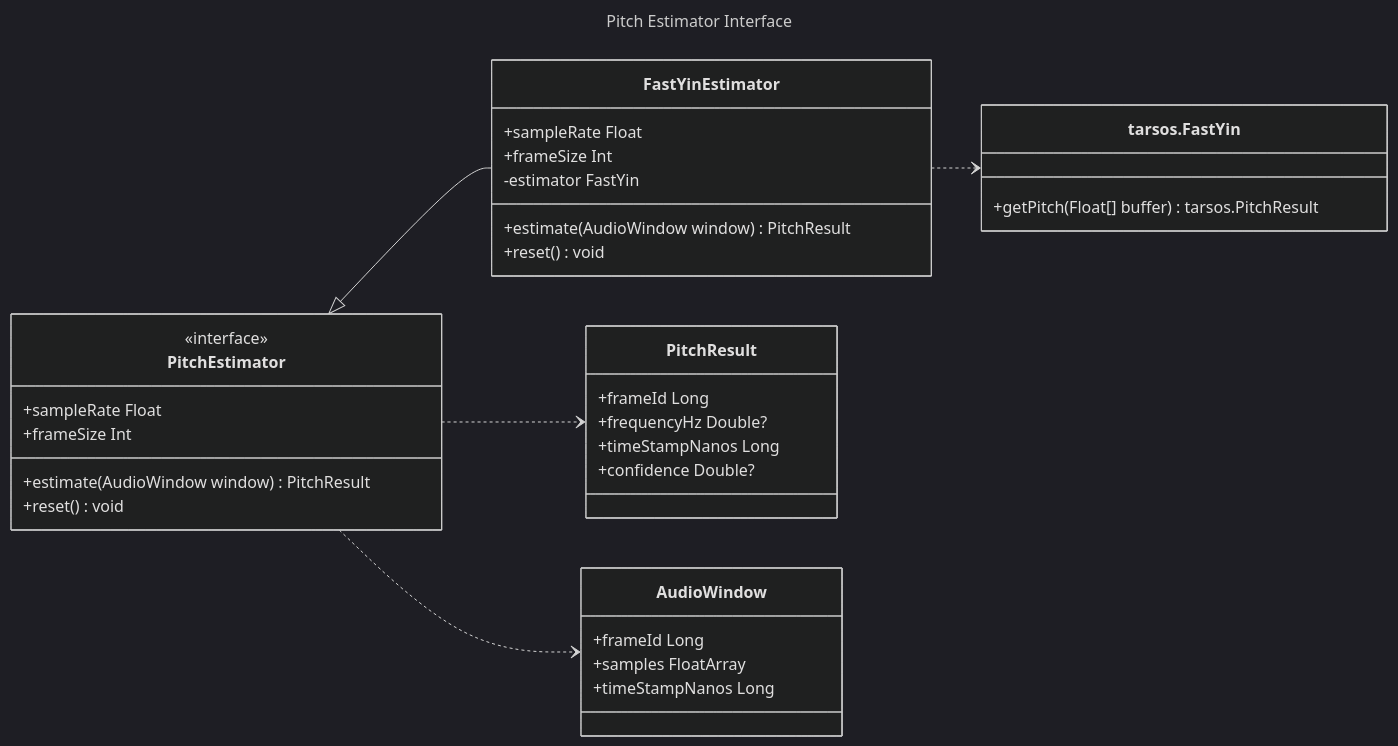
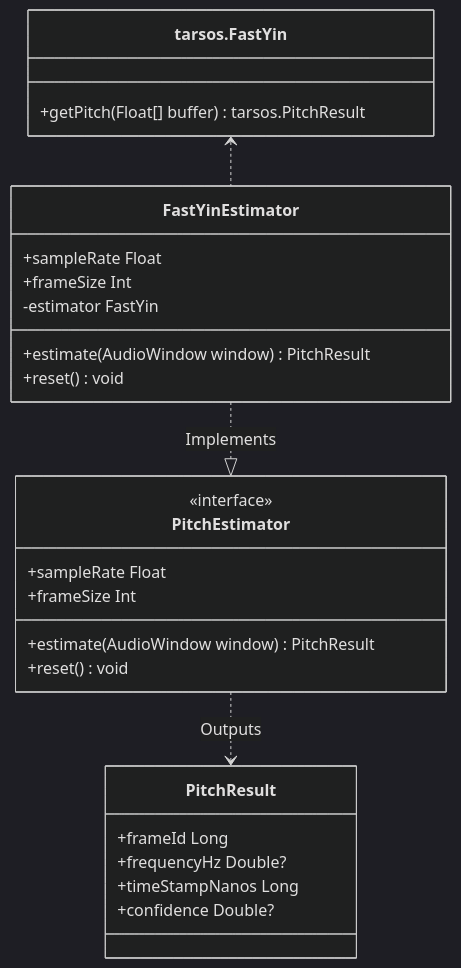
The diagram in SawEars_client/docs/diagrams/pitch/PitchEstimator.mmd (sgo4/CSM500-2026-APR_Project), drawn with Mermaid (dark theme) before and after one commit. The commit also changed 13 other files, not shown here.

Commit message:
add diagrams

```diff
--- a/SawEars_client/docs/diagrams/pitch/PitchEstimator.mmd
+++ b/SawEars_client/docs/diagrams/pitch/PitchEstimator.mmd
@@ -1,52 +1,42 @@
----
-title: Pitch Estimator Interface
----
 classDiagram
-direction LR
+direction TD
 %% Classes
 class PitchEstimator{
     <<interface>>
     +sampleRate Float
     +frameSize Int
     +estimate(AudioWindow window) PitchResult
     +reset() void
 }
 
 class FastYinEstimator{
     +sampleRate Float
     +frameSize Int
     -estimator FastYin
     +estimate(AudioWindow window) PitchResult
     +reset() void
 }
 
 class tarsos.FastYin{
     +getPitch(Float[] buffer) tarsos.PitchResult
 }
 
 
 
 
 class PitchResult{
     +frameId Long
     +frequencyHz Double?
     +timeStampNanos Long
     +confidence Double?
 }
 
-class AudioWindow{
-    +frameId Long
-    +samples FloatArray
-    +timeStampNanos Long
-}
-
 %%Relationships
 %% YinEstimator implements PitchEstimator
-PitchEstimator <|-- FastYinEstimator
+FastYinEstimator ..|> PitchEstimator : Implements
 
 %% PitchEstimator dependencies
-PitchEstimator ..> AudioWindow
-PitchEstimator ..> PitchResult
+PitchEstimator ..> PitchResult :Outputs
 
 %% FastYin dependencies
-FastYinEstimator ..> tarsos.FastYin
+tarsos.FastYin <.. FastYinEstimator
```
